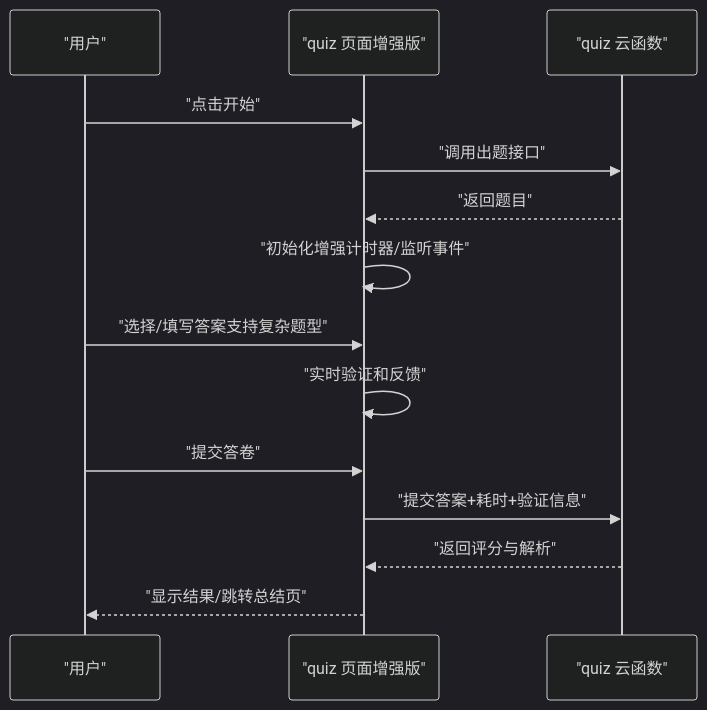
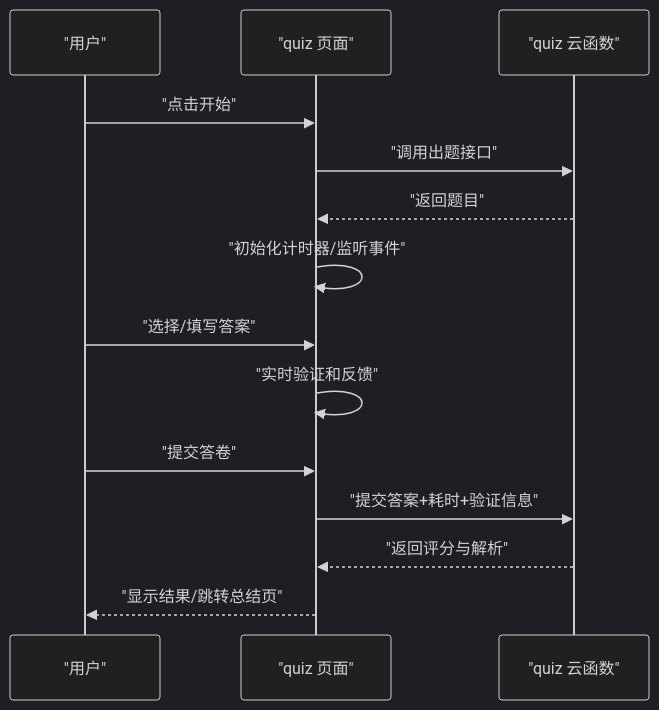
One commit to cwb7756/bio changed the fifth of 16 diagrams in .qoder/repowiki/zh/content/核心功能模块/测验系统/测验系统.md. Above: the diagram before and after it, drawn with Mermaid (dark theme). The commit also changed other lines of this file and 45 other files, not shown here.

````diff
--- a/.qoder/repowiki/zh/content/核心功能模块/测验系统/测验系统.md
+++ b/.qoder/repowiki/zh/content/核心功能模块/测验系统/测验系统.md
@@ -251,16 +240,16 @@
 ```mermaid
 sequenceDiagram
 participant U as "用户"
-participant Q as "quiz 页面增强版"
+participant Q as "quiz 页面"
 participant C as "quiz 云函数"
 U->>Q : "点击开始"
 Q->>C : "调用出题接口"
 C-->>Q : "返回题目"
-Q->>Q : "初始化增强计时器/监听事件"
-U->>Q : "选择/填写答案支持复杂题型"
+Q->>Q : "初始化计时器/监听事件"
+U->>Q : "选择/填写答案"
 Q->>Q : "实时验证和反馈"
 U->>Q : "提交答卷"
 Q->>C : "提交答案+耗时+验证信息"
 C-->>Q : "返回评分与解析"
 Q-->>U : "显示结果/跳转总结页"
 ```
````
